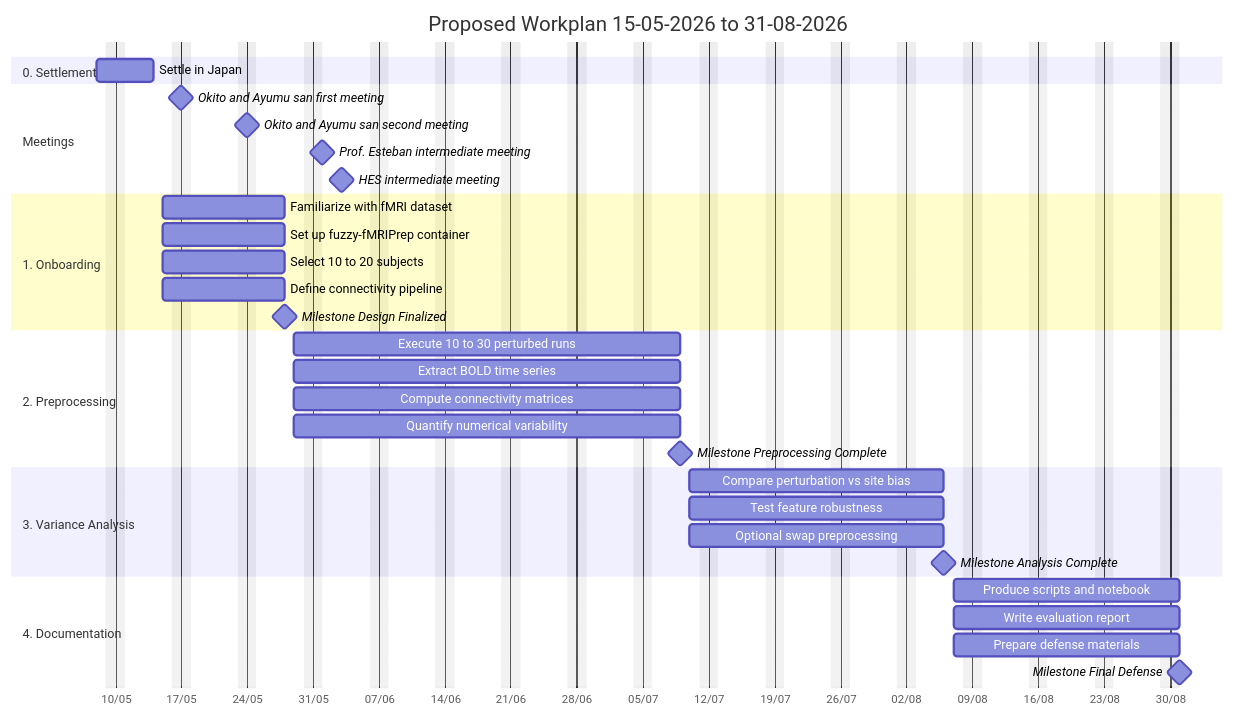
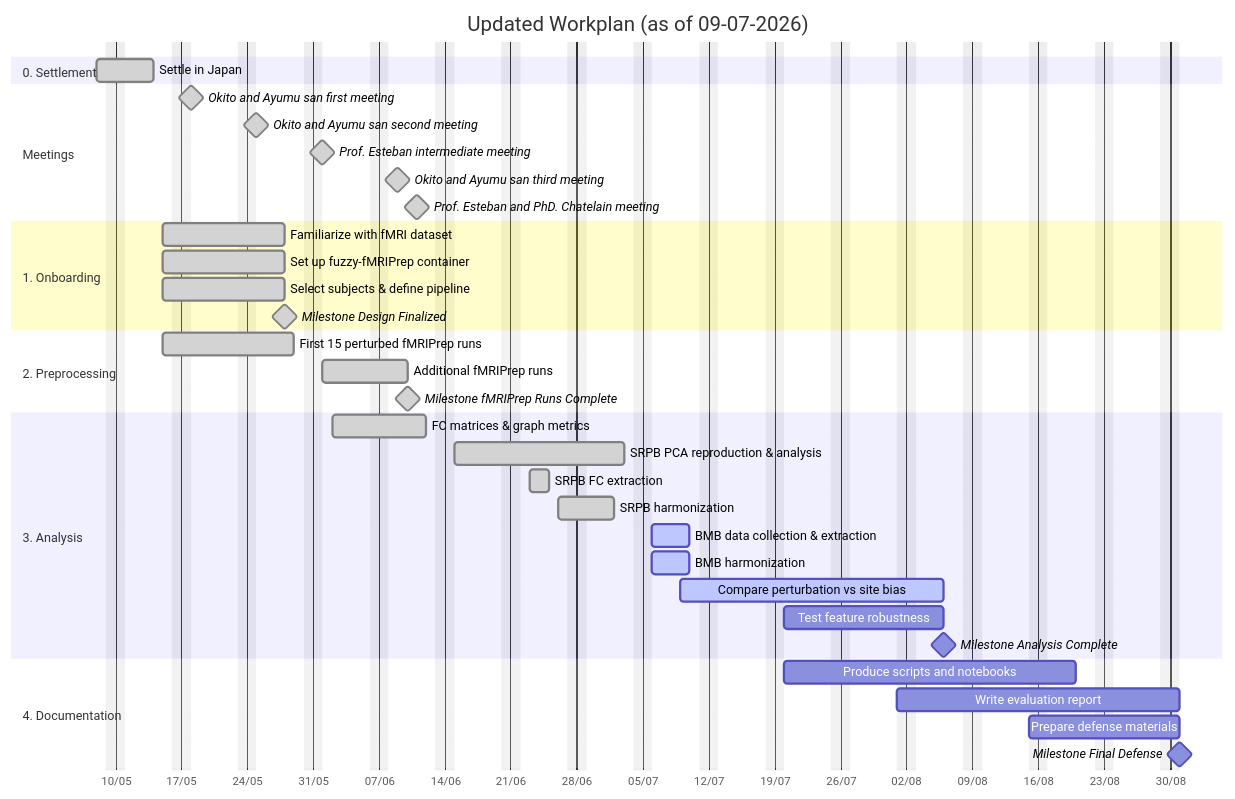
One commit to MadeInShineA/bachelor-thesis changed the diagram in site/index.qmd. Above: the diagram before and after it, drawn with Mermaid. The commit also changed other lines of this file and 1 other file, not shown here.

Commit message:
docs: Update index and daily journal

````diff
--- a/site/index.qmd
+++ b/site/index.qmd
@@ -16,42 +16,45 @@
 ```{mermaid}
 gantt
-    title Proposed Workplan 15-05-2026 to 31-08-2026
+    title Updated Workplan (as of 09-07-2026)
     dateFormat  YYYY-MM-DD
     axisFormat  %d/%m
     excludes weekends
 
     section 0. Settlement
-    Settle in Japan :settlement, 2026-05-08, 2026-05-14
+    Settle in Japan :done, settlement, 2026-05-08, 2026-05-14
 
     section Meetings
-    Okito and Ayumu san first meeting :milestone, meet1, 2026-05-17, 0d
-    Okito and Ayumu san second meeting :milestone, meet2, 2026-05-24, 0d
-    Prof. Esteban intermediate meeting :milestone, meet3, 2026-06-01, 0d
-    HES intermediate meeting :milestone, meet4, 2026-06-03, 0d
+    Okito and Ayumu san first meeting :done, milestone, meet1, 2026-05-18, 0d
+    Okito and Ayumu san second meeting :done, milestone, meet2, 2026-05-25, 0d
+    Prof. Esteban intermediate meeting :done, milestone, meet3, 2026-06-01, 0d
+    Okito and Ayumu san third meeting :done, milestone, meet4, 2026-06-09, 0d
+    Prof. Esteban and PhD. Chatelain meeting :done, milestone, meet5, 2026-06-11, 0d
 
     section 1. Onboarding
-    Familiarize with fMRI dataset       :p1t1, 2026-05-15, 2026-05-28
-    Set up fuzzy-fMRIPrep container     :p1t2, 2026-05-15, 2026-05-28
-    Select 10 to 20 subjects            :p1t3, 2026-05-15, 2026-05-28
-    Define connectivity pipeline        :p1t4, 2026-05-15, 2026-05-28
-    Milestone Design Finalized          :milestone, m1, 2026-05-28, 0d
+    Familiarize with fMRI dataset       :done, p1t1, 2026-05-15, 2026-05-28
+    Set up fuzzy-fMRIPrep container     :done, p1t2, 2026-05-15, 2026-05-28
+    Select subjects & define pipeline   :done, p1t3, 2026-05-15, 2026-05-28
+    Milestone Design Finalized          :done, milestone, m1, 2026-05-28, 0d
 
     section 2. Preprocessing
-    Execute 10 to 30 perturbed runs     :p2t1, 2026-05-29, 2026-07-09
-    Extract BOLD time series            :p2t2, 2026-05-29, 2026-07-09
-    Compute connectivity matrices       :p2t3, 2026-05-29, 2026-07-09
-    Quantify numerical variability      :p2t4, 2026-05-29, 2026-07-09
-    Milestone Preprocessing Complete    :milestone, m2, 2026-07-09, 0d
+    First 15 perturbed fMRIPrep runs    :done, p2t1, 2026-05-15, 2026-05-29
+    Additional fMRIPrep runs            :done, p2t2, 2026-06-01, 2026-06-10
+    Milestone fMRIPrep Runs Complete    :done, milestone, m2, 2026-06-10, 0d
 
-    section 3. Variance Analysis
-    Compare perturbation vs site bias   :p3t1, 2026-07-10, 2026-08-06
-    Test feature robustness             :p3t2, 2026-07-10, 2026-08-06
-    Optional swap preprocessing         :p3t3, 2026-07-10, 2026-08-06
+    section 3. Analysis
+    FC matrices & graph metrics         :done, p3t1, 2026-06-02, 2026-06-12
+    SRPB PCA reproduction & analysis    :done, p3t2, 2026-06-15, 2026-07-03
+    SRPB FC extraction                  :done, p3t3, 2026-06-23, 2026-06-25
+    SRPB harmonization                  :done, p3t4, 2026-06-26, 2026-07-02
+    BMB data collection & extraction    :active, p3t5, 2026-07-06, 2026-07-10
+    BMB harmonization                   :active, p3t6, 2026-07-06, 2026-07-10
+    Compare perturbation vs site bias   :active, p3t8, 2026-07-09, 2026-08-06
+    Test feature robustness             :p3t9, 2026-07-20, 2026-08-06
     Milestone Analysis Complete         :milestone, m3, 2026-08-06, 0d
 
     section 4. Documentation
-    Produce scripts and notebook        :p4t1, 2026-08-07, 2026-08-31
-    Write evaluation report             :p4t2, 2026-08-07, 2026-08-31
-    Prepare defense materials           :p4t3, 2026-08-07, 2026-08-31
+    Produce scripts and notebooks       :p4t1, 2026-07-20, 2026-08-20
+    Write evaluation report             :p4t2, 2026-08-01, 2026-08-31
+    Prepare defense materials           :p4t3, 2026-08-15, 2026-08-31
     Milestone Final Defense             :milestone, m4, 2026-08-31, 0d
 ```
````
